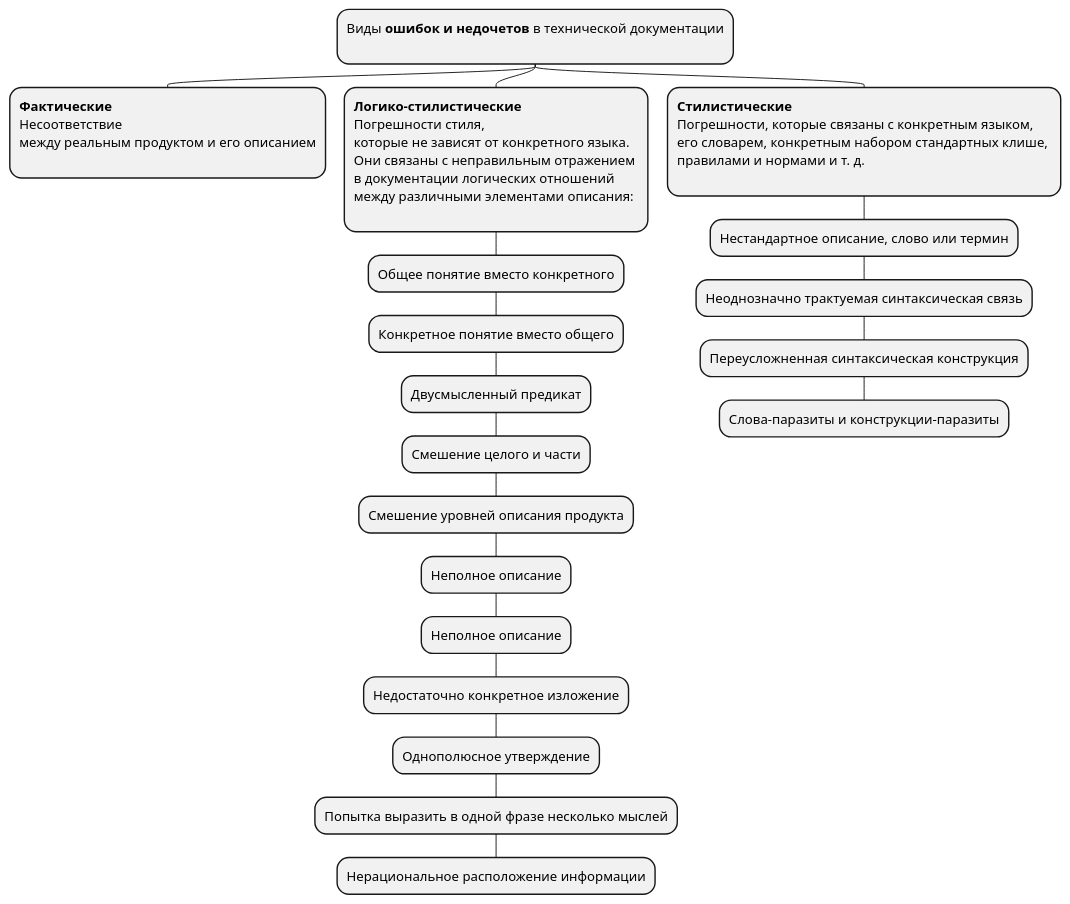
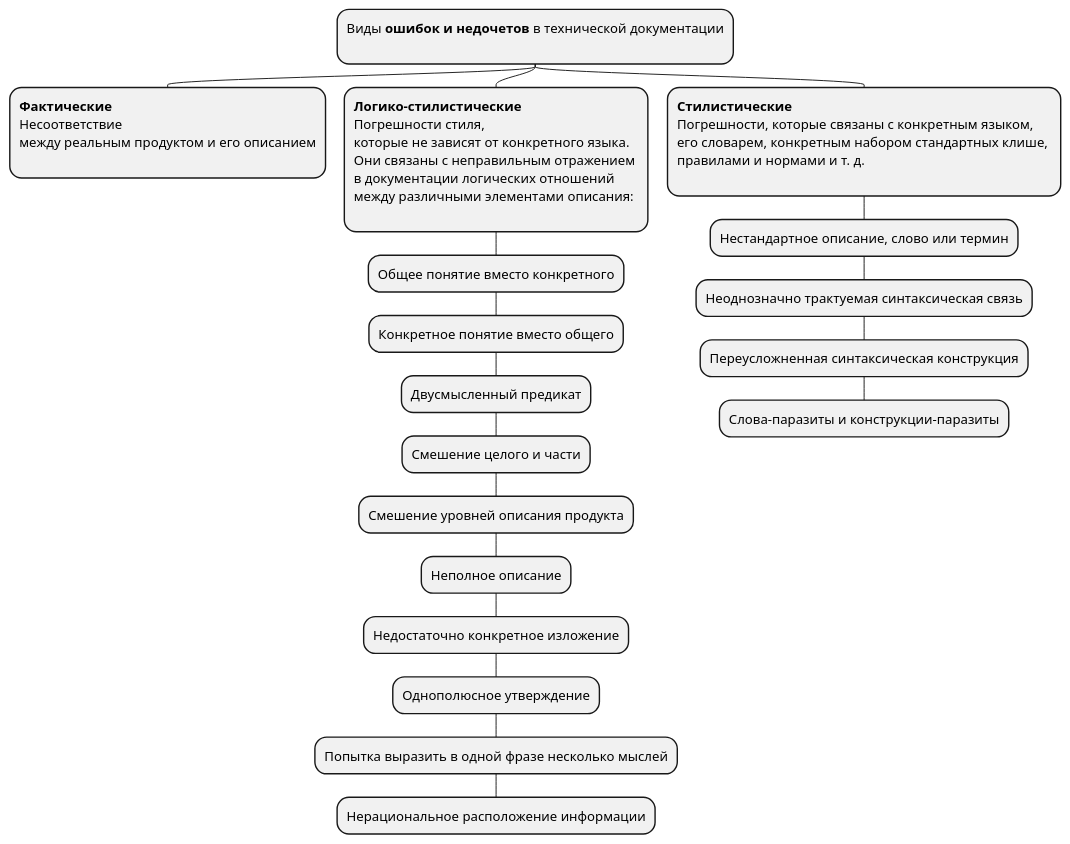
One commit to mrbrhnv/learning-course changed the second of 2 diagrams in UML/example.md. Above: the diagram before and after it, drawn with PlantUML.

```diff
--- a/UML/example.md
+++ b/UML/example.md
@@ -17,40 +17,39 @@
 @startmindmap
 top to bottom direction
 *:Виды **ошибок и недочетов** в технической документации
 ;
   **:**Фактические**
 Несоответствие 
 между реальным продуктом и его описанием
   ;
 
   **:**Логико-стилистические**
 Погрешности стиля, 
 которые не зависят от конкретного языка. 
 Они связаны с неправильным отражением 
 в документации логических отношений
 между различными элементами описания:
   ;
 
     *** Общее понятие вместо конкретного
     **** Конкретное понятие вместо общего
     ***** Двусмысленный предикат
     ****** Смешение целого и части
     ******* Смешение уровней описания продукта
     ******** Неполное описание
-    ********* Неполное описание
-    ********** Недостаточно конкретное изложение
-    *********** Однополюсное утверждение
-    ************ Попытка выразить в одной фразе несколько мыслей
-    ************* Нерациональное расположение информации
+    ********* Недостаточно конкретное изложение
+    ********** Однополюсное утверждение
+    *********** Попытка выразить в одной фразе несколько мыслей
+    ************ Нерациональное расположение информации
 
   **:**Стилистические**
 Погрешности, которые связаны с конкретным языком, 
 его словарем, конкретным набором стандартных клише, 
 правилами и нормами и т. д.
 ;
 
     *** Нестандартное описание, слово или термин
     **** Неоднозначно трактуемая синтаксическая связь
     ***** Переусложненная синтаксическая конструкция
     ****** Слова-паразиты и конструкции-паразиты
 @endmindmap
```
